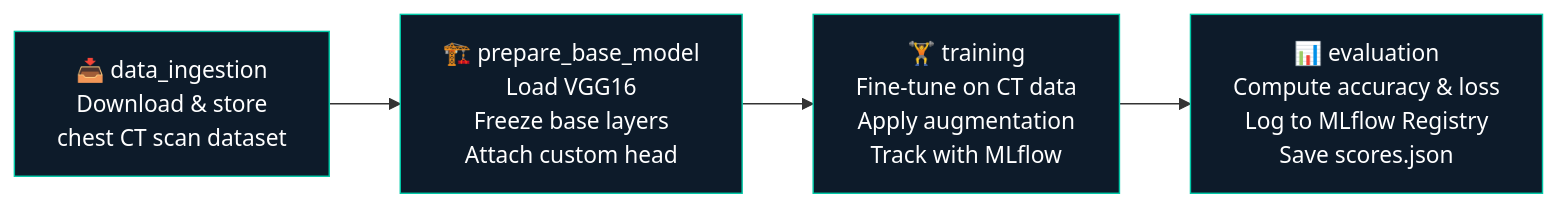
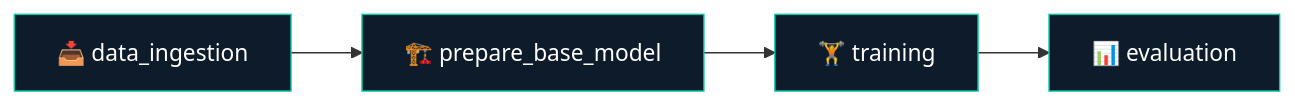
Before and after one commit to omarhatem44/End-to-end-Chest-Cancer-Classification-: the second of 5 diagrams in README.md, drawn with Mermaid. The commit also changed other lines of this file, not shown here.

````diff
--- a/README.md
+++ b/README.md
@@ -167,12 +177,8 @@
 ```mermaid
 graph LR
-    A["📥 data_ingestion\nDownload & store\nchest CT scan dataset"] -->
-    B["🏗️ prepare_base_model\nLoad VGG16\nFreeze base layers\nAttach custom head"] -->
-    C["🏋️ training\nFine-tune on CT data\nApply augmentation\nTrack with MLflow"] -->
-    D["📊 evaluation\nCompute accuracy & loss\nLog to MLflow Registry\nSave scores.json"]
-
+    A["📥 data_ingestion"] --> B["🏗️ prepare_base_model"] --> C["🏋️ training"] --> D["📊 evaluation"]
     style A fill:#0d1b2a,stroke:#00c9a7,color:#fff
     style B fill:#0d1b2a,stroke:#00c9a7,color:#fff
     style C fill:#0d1b2a,stroke:#00c9a7,color:#fff
     style D fill:#0d1b2a,stroke:#00c9a7,color:#fff
 ```
````
